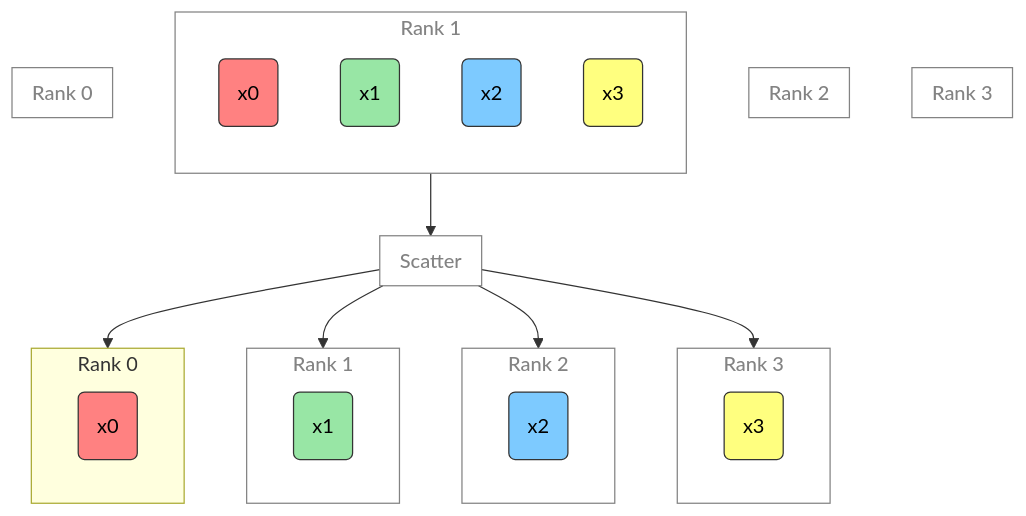
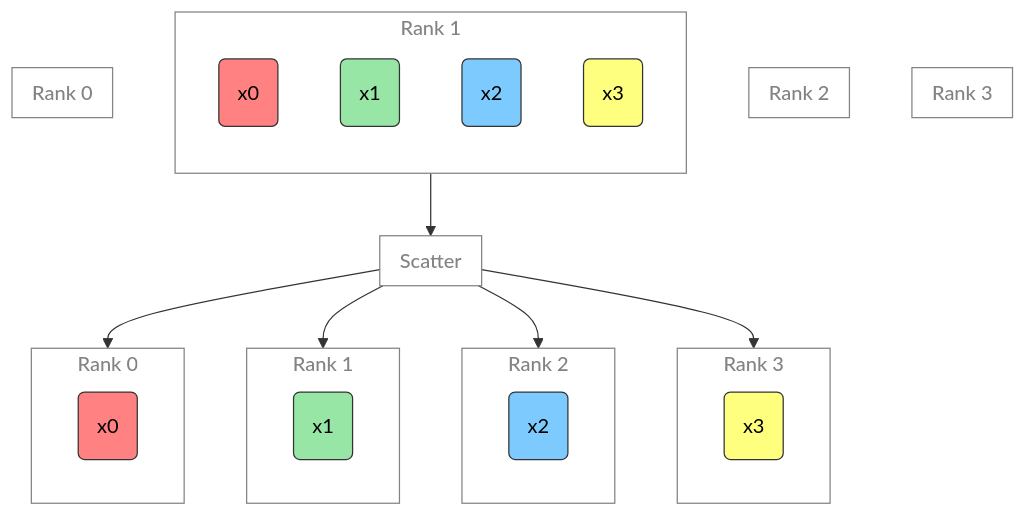
One commit to saforem2/personal_site changed the tenth of 13 diagrams in docs/talks/ai-for-science-2024/ai-for-science-2024.md. Above: the diagram before and after it, drawn with Mermaid. The commit also changed 87 other files, not shown here.

````diff
--- a/docs/talks/ai-for-science-2024/ai-for-science-2024.md
+++ b/docs/talks/ai-for-science-2024/ai-for-science-2024.md
@@ -633,50 +633,50 @@
 ``` mermaid
 flowchart TD
   subgraph R3["`Rank 3`"]
   end
   subgraph R2["`Rank 2`"]
   end
   subgraph R1["`Rank 1`"]
     direction TB
     xp0("`x0`")
     xp1("`x1`")
     xp2("`x2`")
     xp3("`x3`")
   end
   subgraph R0["`Rank 0`"]
   end
   subgraph S["`Scatter`"]
   end
   subgraph S3["`Rank 3`"]
     x3("`x3`")
   end
   subgraph S2["`Rank 2`"]
     x2("`x2`")
   end
   subgraph S1["`Rank 1`"]
     x1("`x1`")
   end
   subgraph S0["`Rank 0`"]
     x0("`x0`")
   end
   %%R0 --> S
   R1 --> S
   %%R2 --> S
   %%R3 --> S
   S --> S0
   S --> S1
   S --> S2
   S --> S3
 classDef red fill:#ff8181,stroke:#333,stroke-width:1px,color:#000
 classDef orange fill:#FFC47F,stroke:#333,stroke-width:1px,color:#000
 classDef yellow fill:#FFFF7F,stroke:#333,stroke-width:1px,color:#000
 classDef green fill:#98E6A5,stroke:#333,stroke-width:1px,color:#000
 classDef blue fill:#7DCAFF,stroke:#333,stroke-width:1px,color:#000
 classDef purple fill:#FFCBE6,stroke:#333,stroke-width:1px,color:#000
 classDef block fill:#CCCCCC02,stroke:#838383,stroke-width:1px,font-weight:500,color:#838383
-class AG0,AG1,AG2,AG3,S,R0,R1,R2,R3,S1,S2,S3, block
+class AG0,AG1,AG2,AG3,S,R0,R1,R2,R3,S0,S1,S2,S3, block
 class x0,xp0, red
 class x1,xp1, green
 class x2,xp2, blue
 class x3,xp3, yellow
 ```
````
